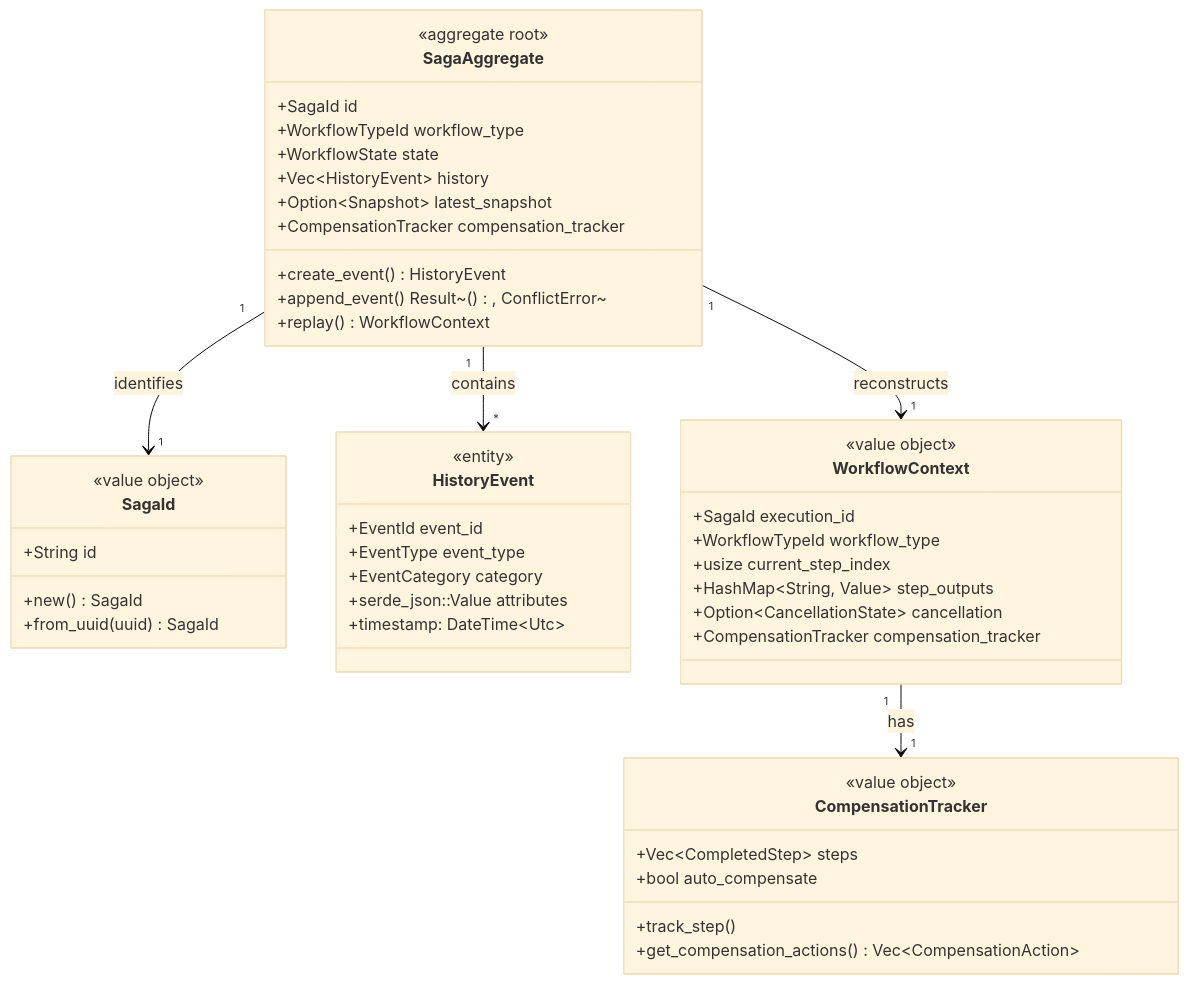
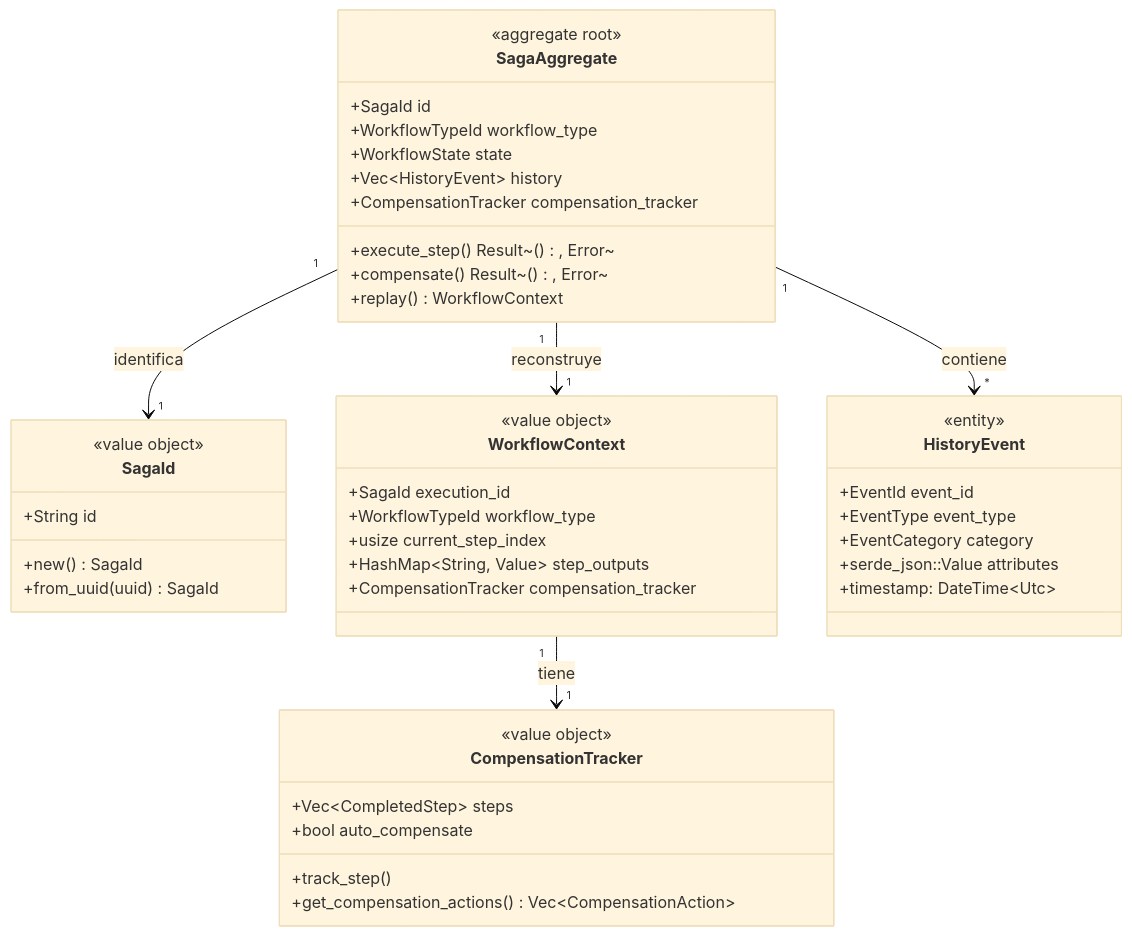
Before and after one commit to Rubentxu/hodei-jobs: the fourth of 20 diagrams in docs/manuales/MANUAL_SAGA_ENGINE_ARQUITECTO.md, drawn with Mermaid (base theme). The commit also changed other lines of this file and 7 other files, not shown here.

````diff
--- a/docs/manuales/MANUAL_SAGA_ENGINE_ARQUITECTO.md
+++ b/docs/manuales/MANUAL_SAGA_ENGINE_ARQUITECTO.md
@@ -100,54 +192,52 @@
 ```mermaid
 classDiagram
     class SagaId {
         <<value object>>
         +String id
         +new() SagaId
         +from_uuid(uuid) SagaId
     }
     
     class SagaAggregate {
         <<aggregate root>>
         +SagaId id
         +WorkflowTypeId workflow_type
         +WorkflowState state
         +Vec~HistoryEvent~ history
-        +Option~Snapshot~ latest_snapshot
         +CompensationTracker compensation_tracker
-        +create_event() HistoryEvent
-        +append_event() Result~(), ConflictError~
+        +execute_step() Result~(), Error~
+        +compensate() Result~(), Error~
         +replay() WorkflowContext
+    }
+    
+    class WorkflowContext {
+        <<value object>>
+        +SagaId execution_id
+        +WorkflowTypeId workflow_type
+        +usize current_step_index
+        +HashMap~String, Value~ step_outputs
+        +CompensationTracker compensation_tracker
+    }
+    
+    class CompensationTracker {
+        <<value object>>
+        +Vec~CompletedStep~ steps
+        +bool auto_compensate
+        +track_step()
+        +get_compensation_actions() Vec~CompensationAction~
     }
     
     class HistoryEvent {
         <<entity>>
         +EventId event_id
         +EventType event_type
         +EventCategory category
         +serde_json::Value attributes
         +timestamp: DateTime~Utc~
     }
     
-    class WorkflowContext {
-        <<value object>>
-        +SagaId execution_id
-        +WorkflowTypeId workflow_type
-        +usize current_step_index
-        +HashMap~String, Value~ step_outputs
-        +Option~CancellationState~ cancellation
-        +CompensationTracker compensation_tracker
-    }
-    
-    class CompensationTracker {
-        <<value object>>
-        +Vec~CompletedStep~ steps
-        +bool auto_compensate
-        +track_step()
-        +get_compensation_actions() Vec~CompensationAction~
-    }
-    
-    SagaAggregate "1" --> "1" SagaId : identifies
-    SagaAggregate "1" --> "*" HistoryEvent : contains
-    SagaAggregate "1" --> "1" WorkflowContext : reconstructs
-    WorkflowContext "1" --> "1" CompensationTracker : has
+    SagaAggregate "1" --> "1" SagaId : identifica
+    SagaAggregate "1" --> "*" HistoryEvent : contiene
+    SagaAggregate "1" --> "1" WorkflowContext : reconstruye
+    WorkflowContext "1" --> "1" CompensationTracker : tiene
 ```
````
